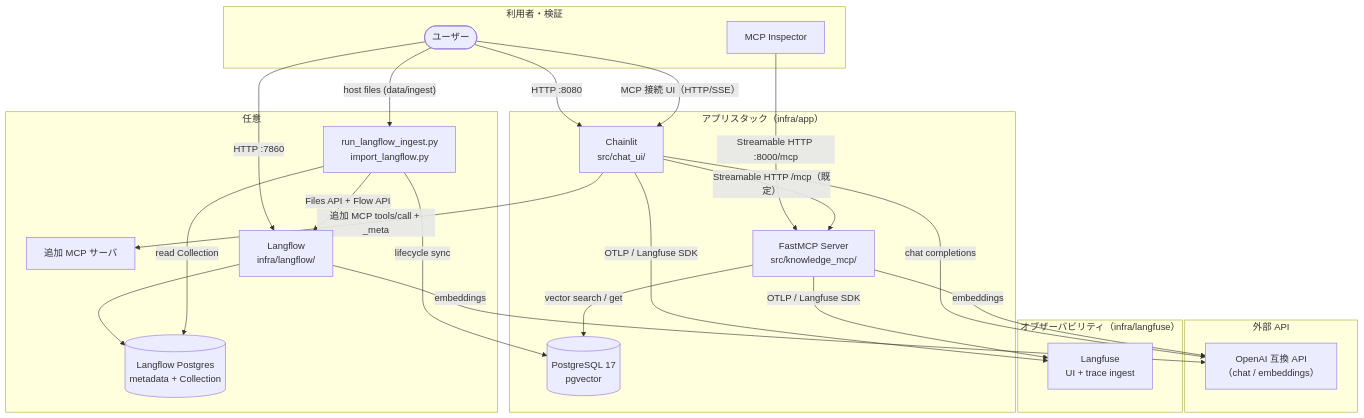
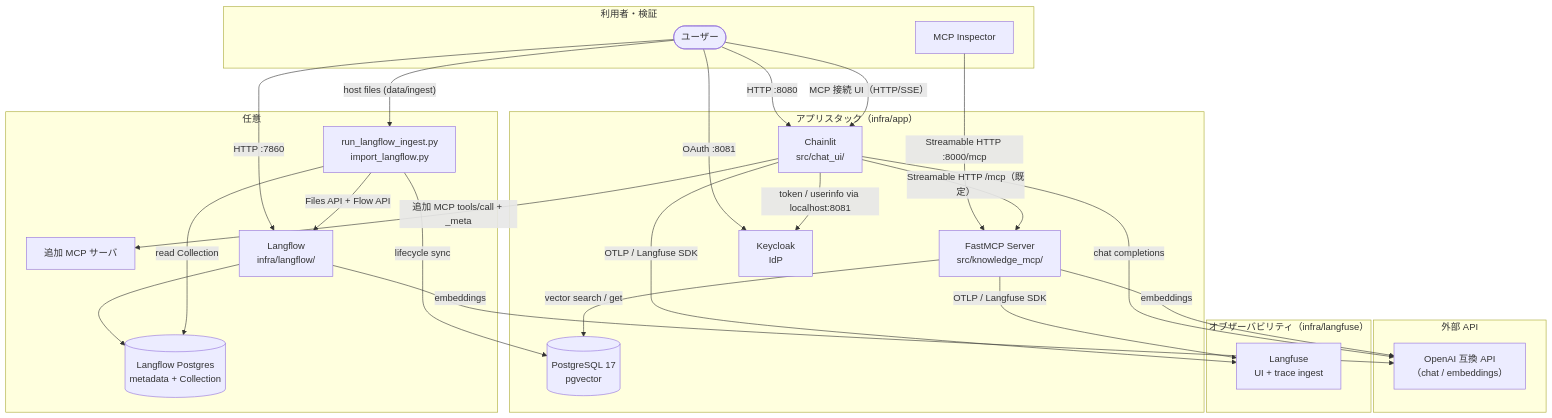
Before and after one commit to s-kodani/template-ai-coding: the first of 2 diagrams in docs/current/architecture.md, drawn with Mermaid. The commit also changed other lines of this file and 18 other files, not shown here.

First line of the commit message:
feat: Keycloak を導入し Chainlit を OAuth 対応にする

````diff
--- a/docs/current/architecture.md
+++ b/docs/current/architecture.md
@@ -24,46 +28,49 @@
 ```mermaid
 flowchart TB
     subgraph users["利用者・検証"]
         User([ユーザー])
         Inspector[MCP Inspector]
     end
 
     subgraph app["アプリスタック（infra/app）"]
         Chainlit["Chainlit<br/>src/chat_ui/"]
         MCP["FastMCP Server<br/>src/knowledge_mcp/"]
         PG[("PostgreSQL 17<br/>pgvector")]
+        Keycloak["Keycloak<br/>IdP"]
     end
 
     subgraph external["外部 API"]
         LLM["OpenAI 互換 API<br/>（chat / embeddings）"]
     end
 
     subgraph observability["オブザーバビリティ（infra/langfuse）"]
         Langfuse["Langfuse<br/>UI + trace ingest"]
     end
 
     subgraph optional["任意"]
         ExtraMCP[追加 MCP サーバ]
         Langflow["Langflow<br/>infra/langflow/"]
         LFPG[("Langflow Postgres<br/>metadata + Collection")]
         Adapter["run_langflow_ingest.py\nimport_langflow.py"]
     end
 
     User -->|HTTP :8080| Chainlit
+    User -->|OAuth :8081| Keycloak
+    Chainlit -->|token / userinfo via localhost:8081| Keycloak
     User -->|HTTP :7860| Langflow
     User -->|"host files (data/ingest)"| Adapter
     Adapter -->|"Files API + Flow API"| Langflow
     Langflow --> LFPG
     Langflow -->|embeddings| LLM
     Adapter -->|read Collection| LFPG
     Adapter -->|lifecycle sync| PG
     User -->|"MCP 接続 UI（HTTP/SSE）"| Chainlit
     Inspector -->|"Streamable HTTP :8000/mcp"| MCP
     Chainlit -->|"Streamable HTTP /mcp（既定）"| MCP
     Chainlit -->|追加 MCP tools/call + _meta| ExtraMCP
     Chainlit -->|chat completions| LLM
     MCP -->|vector search / get| PG
     MCP -->|embeddings| LLM
     Chainlit -->|OTLP / Langfuse SDK| Langfuse
     MCP -->|OTLP / Langfuse SDK| Langfuse
 ```
````
